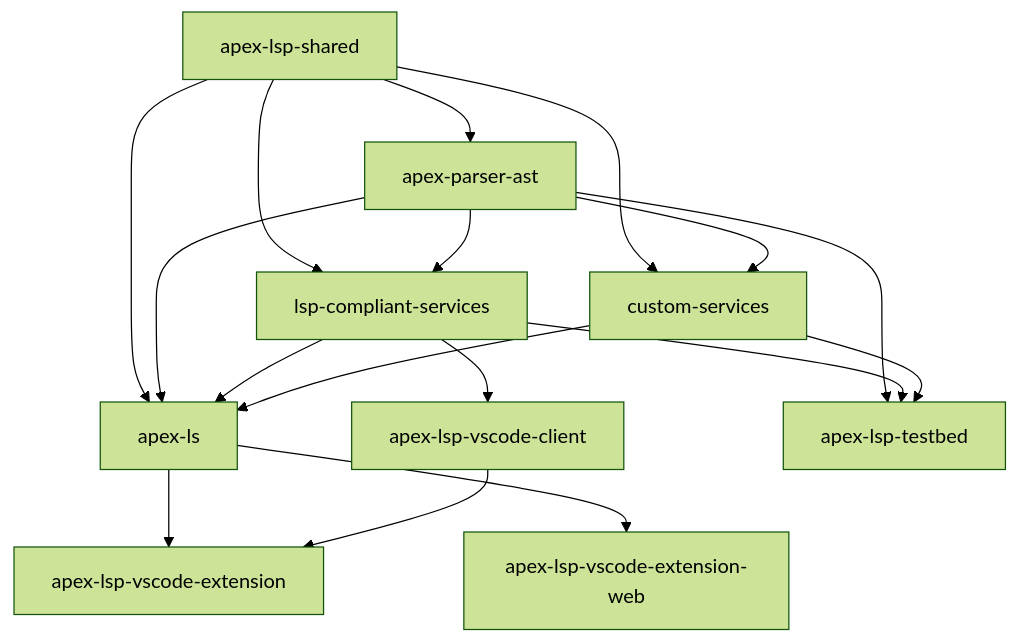
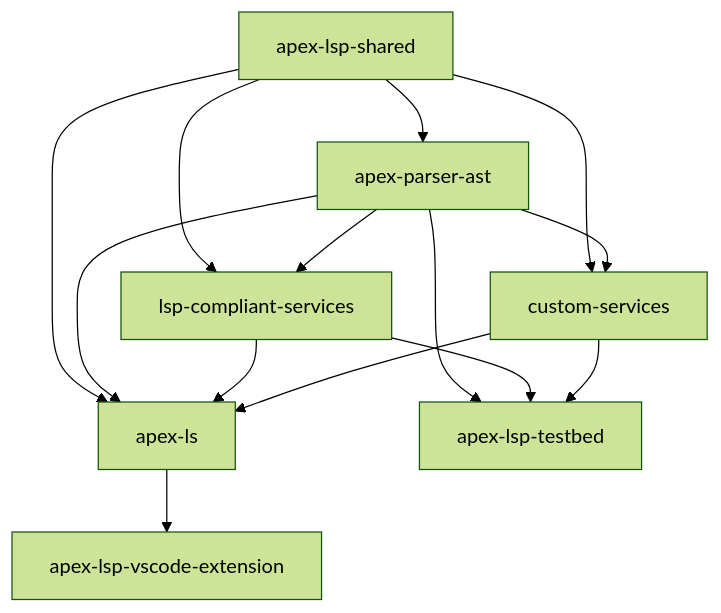
One commit to forcedotcom/apex-language-support changed the diagram in CONTRIBUTING.md. Above: the diagram before and after it, drawn with Mermaid (forest theme). The commit also changed other lines of this file and 10 other files, not shown here.

````diff
--- a/CONTRIBUTING.md
+++ b/CONTRIBUTING.md
@@ -199,25 +195,20 @@
 ```mermaid
 graph TD
     A[apex-lsp-shared] --> B[apex-parser-ast]
     A --> C[lsp-compliant-services]
     A --> D[custom-services]
     A --> E[apex-ls]
 
     B --> C
     B --> D
     B --> E
 
     C --> E
-    C --> G[apex-lsp-vscode-client]
-
     D --> E
 
     E --> H[apex-lsp-vscode-extension]
-    E --> J[apex-lsp-vscode-extension-web]
-
-    G --> H
 
     B --> K[apex-lsp-testbed]
     C --> K
     D --> K
 ```
````
